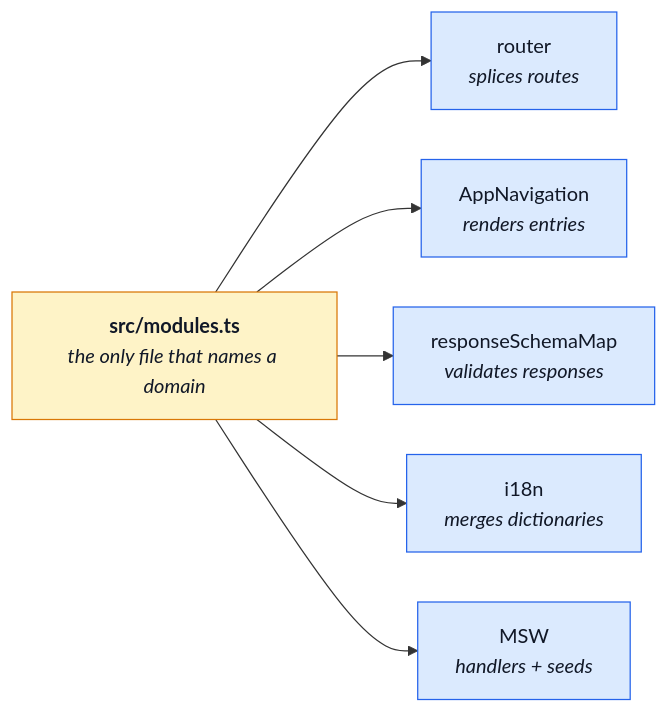
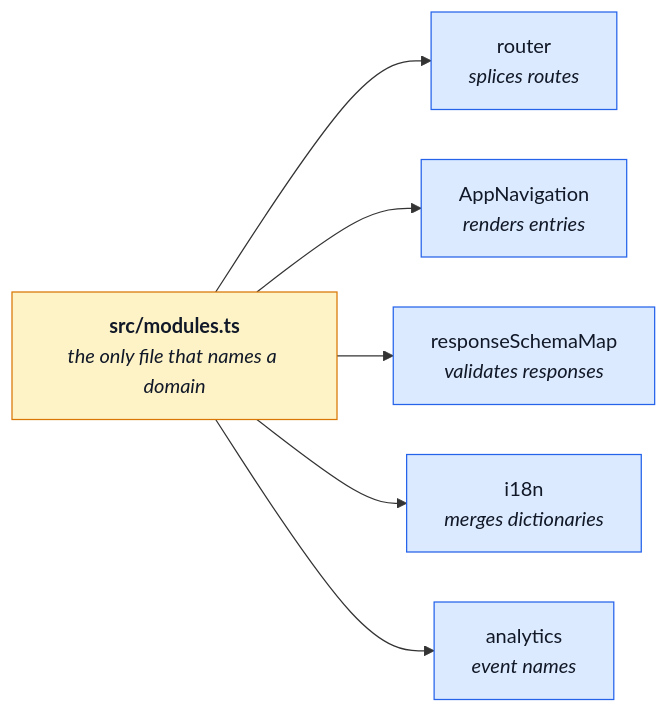
Before and after one commit to Guebbit/boilerplate-vue-frontend: the first of 4 diagrams in docs/theory/module-lifecycle.md, drawn with Mermaid. The commit also changed other lines of this file and 35 other files, not shown here.

````diff
--- a/docs/theory/module-lifecycle.md
+++ b/docs/theory/module-lifecycle.md
@@ -18,14 +18,14 @@
 ```mermaid
 %%{init: {'flowchart': {'nodeSpacing': 40, 'rankSpacing': 45}}}%%
 flowchart LR
     REG["<b>src/modules.ts</b><br/><i>the only file that names a domain</i>"]
     REG --> R["router<br/><i>splices routes</i>"]
     REG --> N["AppNavigation<br/><i>renders entries</i>"]
     REG --> S["responseSchemaMap<br/><i>validates responses</i>"]
     REG --> I["i18n<br/><i>merges dictionaries</i>"]
-    REG --> M["MSW<br/><i>handlers + seeds</i>"]
+    REG --> M["analytics<br/><i>event names</i>"]
     classDef reg fill:#fef3c7,stroke:#d97706,color:#111827;
     classDef out fill:#dbeafe,stroke:#2563eb,color:#111827;
     class REG reg;
     class R,N,S,I,M out;
 ```
````
